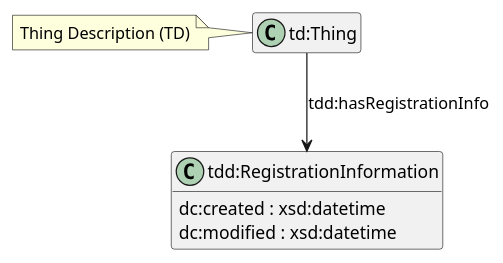
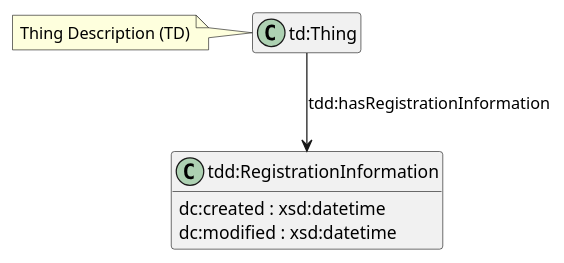
One commit to w3c/wot-discovery changed the diagram in images/registration-information-diagram.puml. Above: the diagram before and after it, drawn with PlantUML.

```diff
--- a/images/registration-information-diagram.puml
+++ b/images/registration-information-diagram.puml
@@ -1,18 +1,18 @@
 @startuml
 hide members
 class "td:Thing"
 
 class "tdd:RegistrationInformation" {
   dc:created : xsd:datetime
   dc:modified : xsd:datetime
 }
 
 
 note left of "td:Thing" 
   Thing Description (TD)
 end note
 
-"td:Thing" --> "tdd:RegistrationInformation" : "tdd:hasRegistrationInfo"
+"td:Thing" --> "tdd:RegistrationInformation" : "tdd:hasRegistrationInformation"
 
 show "tdd:RegistrationInformation" attributes
 @enduml
```
